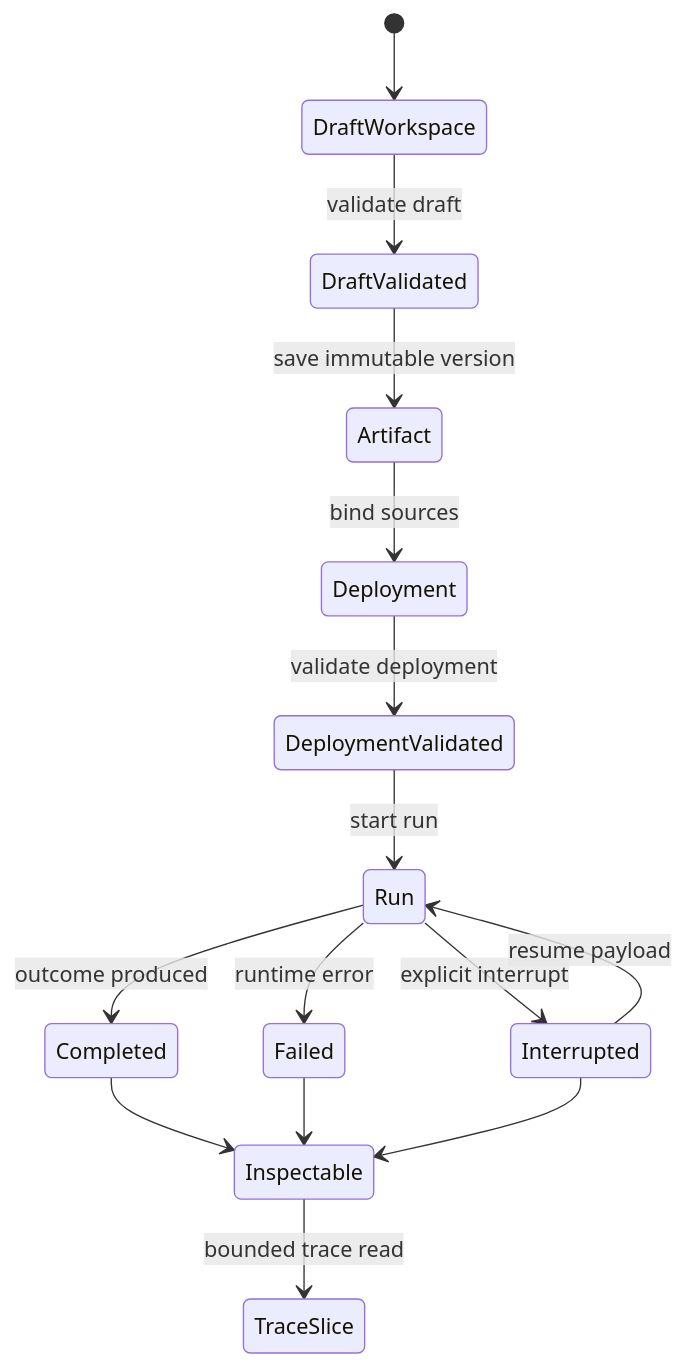
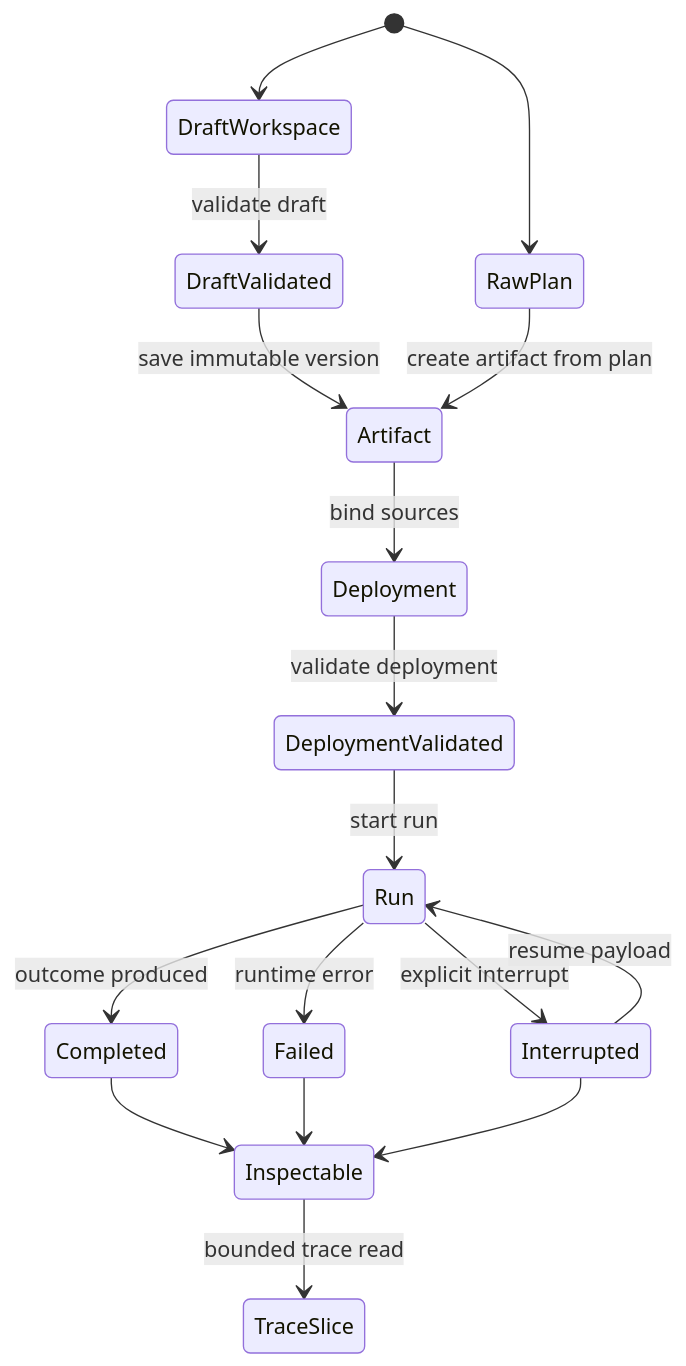
The third of 8 diagrams in docs/add/system-design-implementation.md (ldlda/wf), drawn with Mermaid before and after one commit. The commit also changed other lines of this file and 1 other file, not shown here.

````diff
--- a/docs/add/system-design-implementation.md
+++ b/docs/add/system-design-implementation.md
@@ -507,20 +511,22 @@
 ```{.mermaid #fig:workflow-lifecycle height=80% caption="Workflow lifecycle: mutable drafts become immutable artifacts; deployments bind those artifacts to live sources; runs produce inspectable records and bounded traces."}
 stateDiagram-v2
   direction TB
   [*] --> DraftWorkspace
+  [*] --> RawPlan
   DraftWorkspace --> DraftValidated: validate draft
   DraftValidated --> Artifact: save immutable version
+  RawPlan --> Artifact: create artifact from plan
   Artifact --> Deployment: bind sources
   Deployment --> DeploymentValidated: validate deployment
   DeploymentValidated --> Run: start run
 
   Run --> Completed: outcome produced
   Run --> Failed: runtime error
   Run --> Interrupted: explicit interrupt
   Interrupted --> Run: resume payload
 
   Completed --> Inspectable
   Failed --> Inspectable
   Interrupted --> Inspectable
   Inspectable --> TraceSlice: bounded trace read
 ```
````
